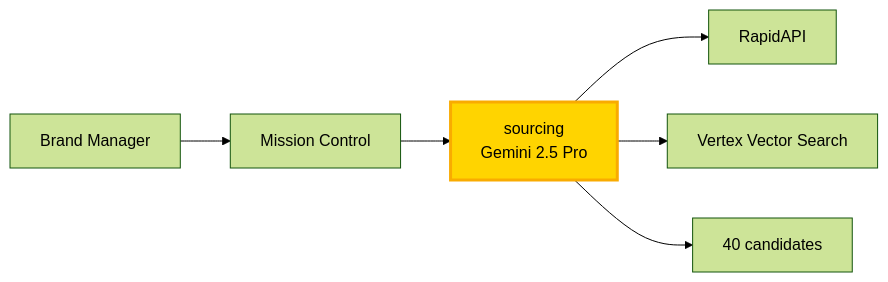
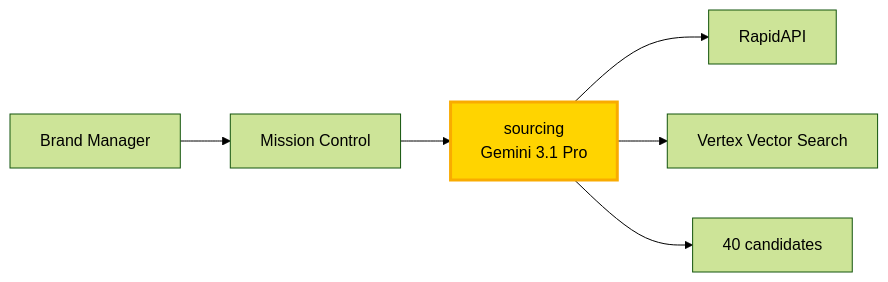
One commit to Two-Weeks-Team/social-seeding-v2-public changed the diagram in scripts/demo/assets/overlays/v2-beat-1.mmd. Above: the diagram before and after it, drawn with Mermaid (forest theme). The commit also changed 142 other files, not shown here.

```diff
--- a/scripts/demo/assets/overlays/v2-beat-1.mmd
+++ b/scripts/demo/assets/overlays/v2-beat-1.mmd
@@ -1,9 +1,9 @@
 %% Beat 1 — Brief intake + sourcing  (SCRIPT.md §3 Beat 1)
 flowchart LR
   user[Brand Manager] --> mc[Mission Control]
-  mc --> sourcing[sourcing<br/>Gemini 2.5 Pro]:::active
+  mc --> sourcing[sourcing<br/>Gemini 3.1 Pro]:::active
   sourcing --> rapid[RapidAPI]
   sourcing --> vvs[Vertex Vector Search]
   sourcing --> table[40 candidates]
 
   classDef active fill:#FFD400,stroke:#F9AB00,color:#000,stroke-width:3px;
```
